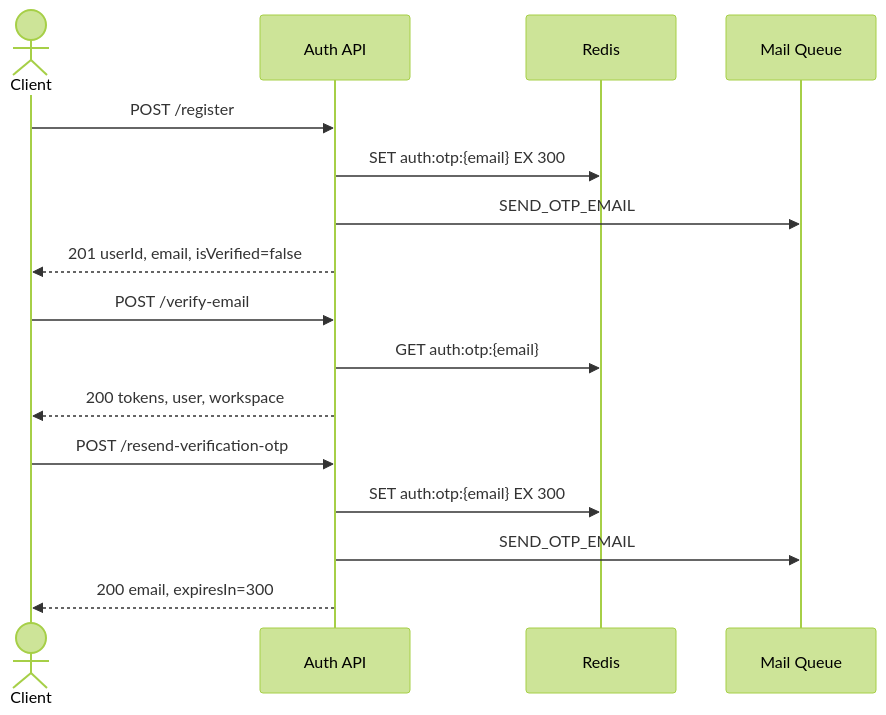
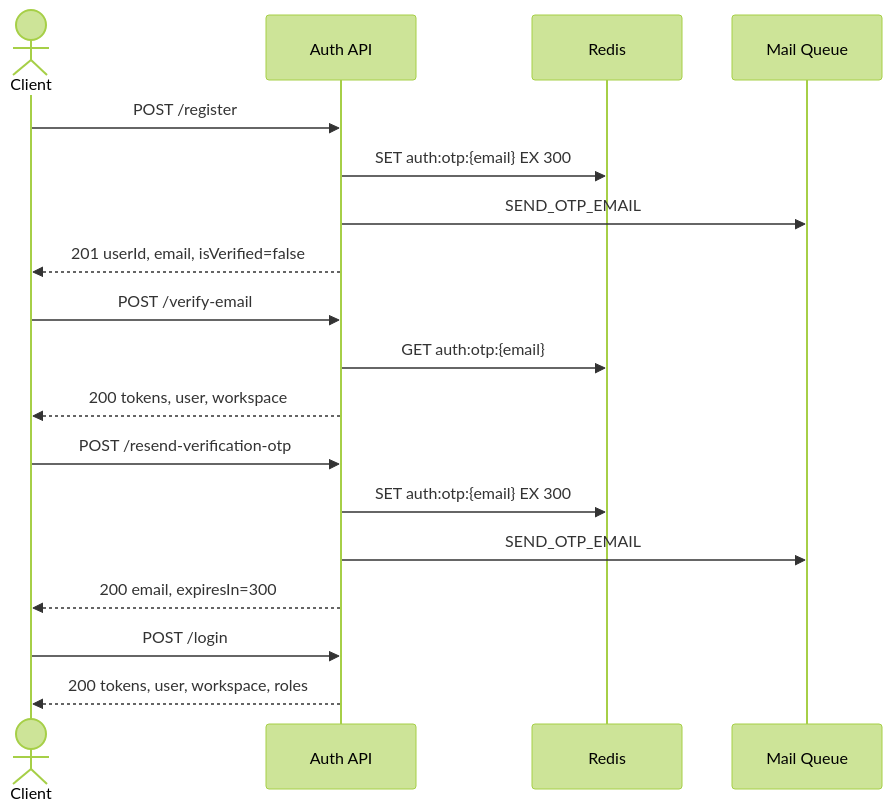
Before and after one commit to keyntk78/node-mind-server: the diagram in docs/auth/index.md, drawn with Mermaid (forest theme). The commit also changed other lines of this file and 19 other files, not shown here.

Commit message:
feat(auth): implement login API with session management and token generation

````diff
--- a/docs/auth/index.md
+++ b/docs/auth/index.md
@@ -31,21 +32,24 @@
 ```mermaid
 sequenceDiagram
     actor C as Client
     participant API as Auth API
     participant R as Redis
     participant M as Mail Queue
 
     C->>API: POST /register
     API->>R: SET auth:otp:{email} EX 300
     API->>M: SEND_OTP_EMAIL
     API-->>C: 201 userId, email, isVerified=false
 
     C->>API: POST /verify-email
     API->>R: GET auth:otp:{email}
     API-->>C: 200 tokens, user, workspace
 
     C->>API: POST /resend-verification-otp
     API->>R: SET auth:otp:{email} EX 300
     API->>M: SEND_OTP_EMAIL
     API-->>C: 200 email, expiresIn=300
+
+    C->>API: POST /login
+    API-->>C: 200 tokens, user, workspace, roles
 ```
````
